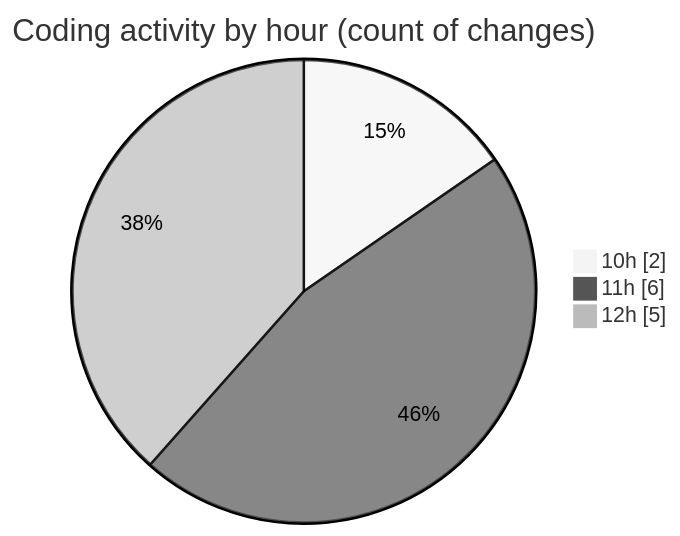
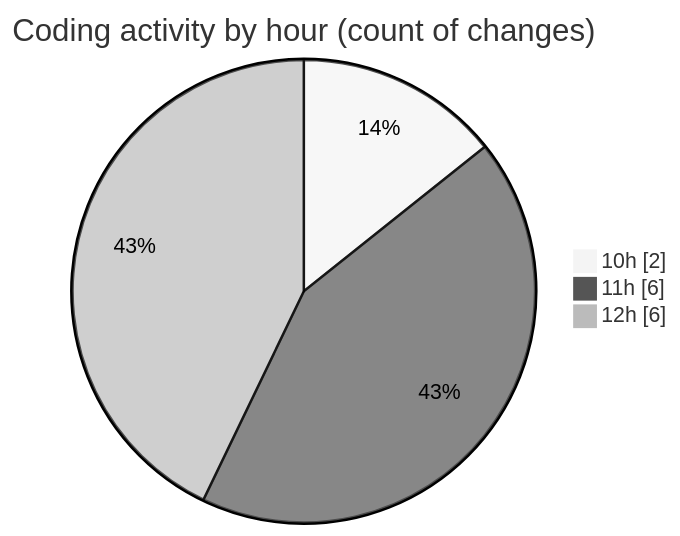
The second of 2 diagrams in 2025-10-22/eventscop-frontend-guide__workspace_/README.md (julien-gomy/code-tracking), drawn with Mermaid (neutral theme) before and after one commit. The commit also changed other lines of this file and 1 other file, not shown here.

````diff
--- a/2025-10-22/eventscop-frontend-guide__workspace_/README.md
+++ b/2025-10-22/eventscop-frontend-guide__workspace_/README.md
@@ -32,7 +32,7 @@
 ```mermaid
 pie showData
 title Coding activity by hour (count of changes)
 "10h" : 2
 "11h" : 6
-"12h" : 5
+"12h" : 6
 ```
````
